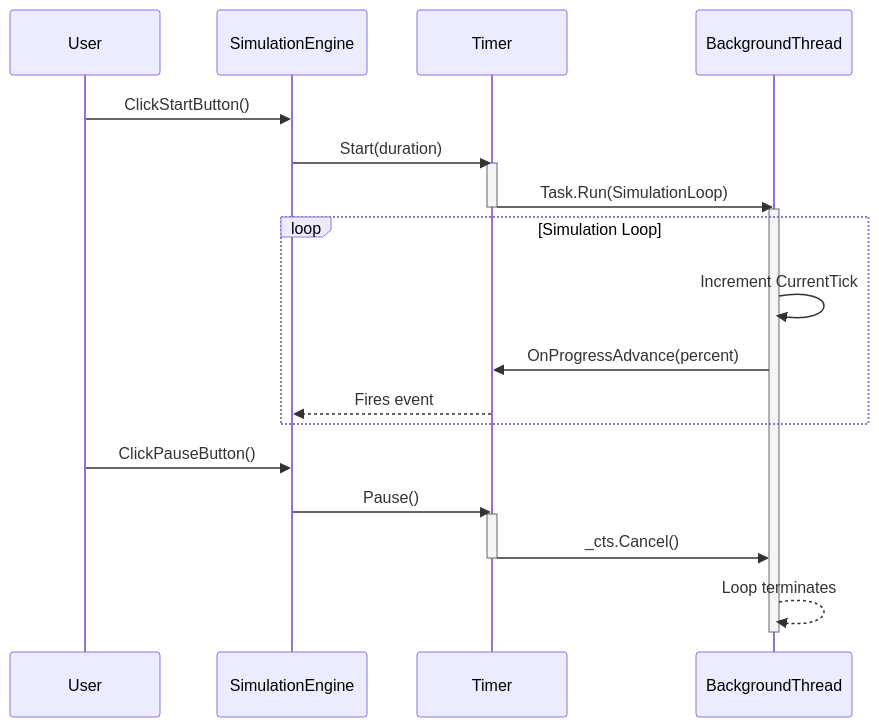
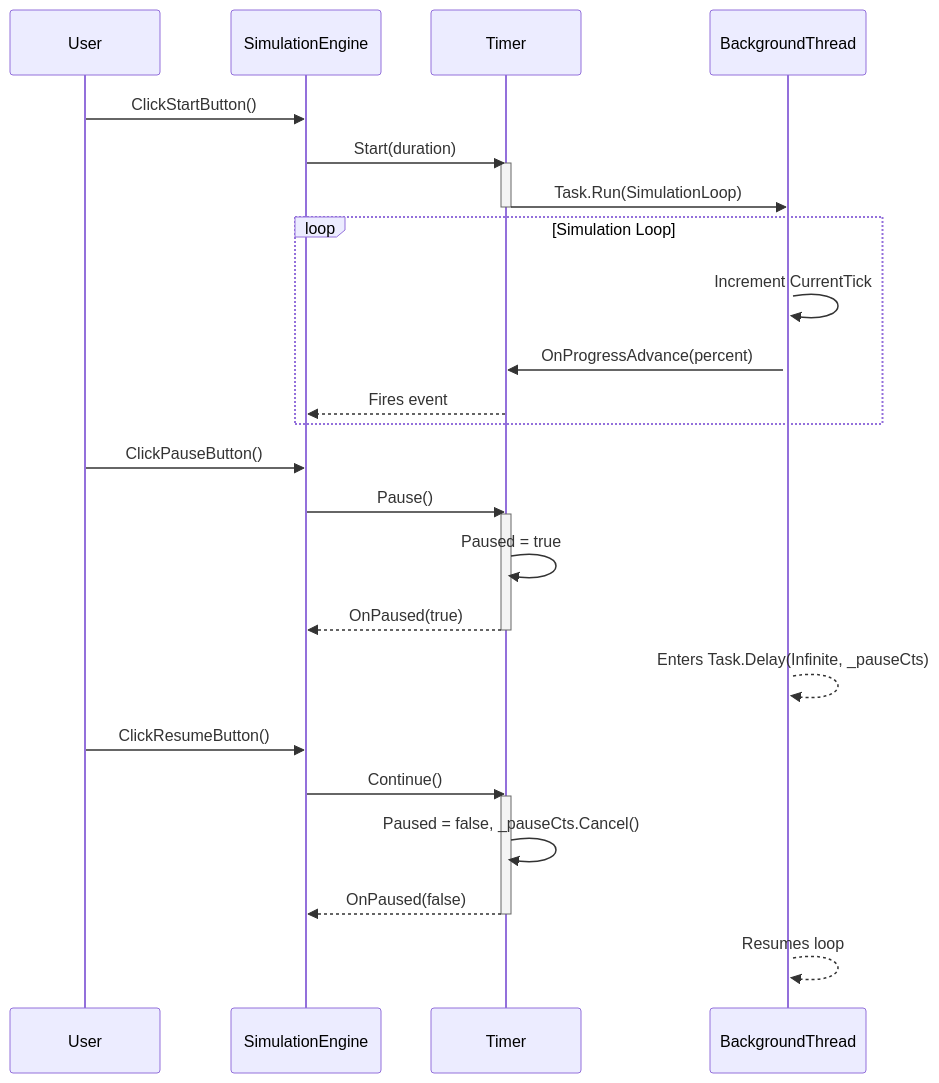
The third of 4 diagrams in README.md (Kmila9s/TimeMachine), drawn with Mermaid before and after one commit. The commit also changed other lines of this file and 5 other files, not shown here.

````diff
--- a/README.md
+++ b/README.md
@@ -184,29 +192,37 @@
 ```mermaid
 sequenceDiagram
     participant User
     participant SimulationEngine
     participant Timer
     participant BackgroundThread
 
     User->>SimulationEngine: ClickStartButton()
     SimulationEngine->>Timer: Start(duration)
     activate Timer
     Timer->>BackgroundThread: Task.Run(SimulationLoop)
     deactivate Timer
     activate BackgroundThread
 
     loop Simulation Loop
         BackgroundThread->>BackgroundThread: Increment CurrentTick
         BackgroundThread->>Timer: OnProgressAdvance(percent)
         Timer-->>SimulationEngine: Fires event
     end
 
     User->>SimulationEngine: ClickPauseButton()
     SimulationEngine->>Timer: Pause()
     activate Timer
-    Timer->>BackgroundThread: _cts.Cancel()
+    Timer->>Timer: Paused = true
+    Timer-->>SimulationEngine: OnPaused(true)
     deactivate Timer
-    BackgroundThread-->>BackgroundThread: Loop terminates
-    deactivate BackgroundThread
+    BackgroundThread-->>BackgroundThread: Enters Task.Delay(Infinite, _pauseCts)
+
+    User->>SimulationEngine: ClickResumeButton()
+    SimulationEngine->>Timer: Continue()
+    activate Timer
+    Timer->>Timer: Paused = false, _pauseCts.Cancel()
+    Timer-->>SimulationEngine: OnPaused(false)
+    deactivate Timer
+    BackgroundThread-->>BackgroundThread: Resumes loop
 
 ```
````
